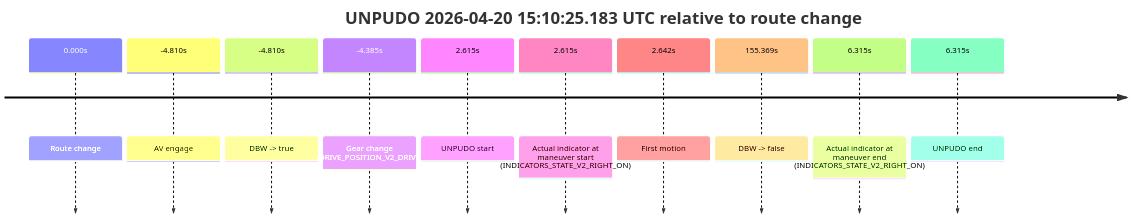
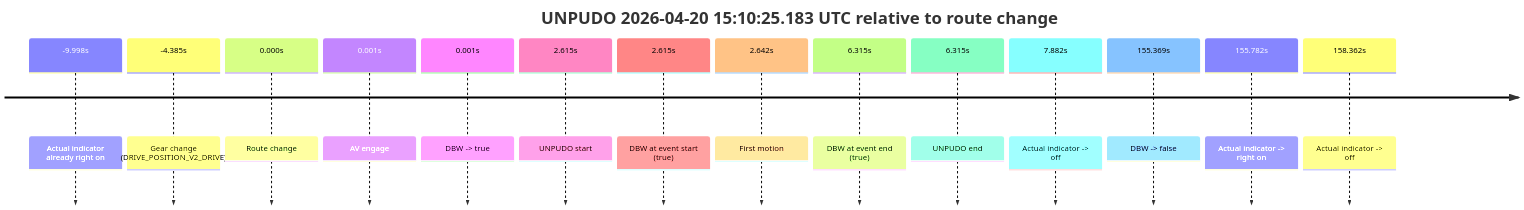
Before and after one commit to yoelshapiro/vault: the third of 10 diagrams in model_analysis/report_cards/2026/04/Week-4/fme10005--2026-04-20--13-43-30--gen2-av-1cf69e8e-fc53-4334-aca9-89918a4f3427.md, drawn with Mermaid. The commit also changed other lines of this file and 85 other files, not shown here.

````diff
--- a/model_analysis/report_cards/2026/04/Week-4/fme10005--2026-04-20--13-43-30--gen2-av-1cf69e8e-fc53-4334-aca9-89918a4f3427.md
+++ b/model_analysis/report_cards/2026/04/Week-4/fme10005--2026-04-20--13-43-30--gen2-av-1cf69e8e-fc53-4334-aca9-89918a4f3427.md
@@ -215,14 +223,18 @@
 ```mermaid
 timeline
     title UNPUDO 2026-04-20 15:10:25.183 UTC relative to route change
+    -9.998s : Actual indicator already right on
+    -4.385s : Gear change (DRIVE_POSITION_V2_DRIVE)
     0.000s : Route change
-    -4.810s : AV engage
-    -4.810s : DBW -> true
-    -4.385s : Gear change (DRIVE_POSITION_V2_DRIVE)
+    0.001s : AV engage
+    0.001s : DBW -> true
     2.615s : UNPUDO start
-    2.615s : Actual indicator at maneuver start (INDICATORS_STATE_V2_RIGHT_ON)
+    2.615s : DBW at event start (true)
     2.642s : First motion
+    6.315s : DBW at event end (true)
+    6.315s : UNPUDO end
+    7.882s : Actual indicator -> off
     155.369s : DBW -> false
-    6.315s : Actual indicator at maneuver end (INDICATORS_STATE_V2_RIGHT_ON)
-    6.315s : UNPUDO end
+    155.782s : Actual indicator -> right on
+    158.362s : Actual indicator -> off
 ```
````
